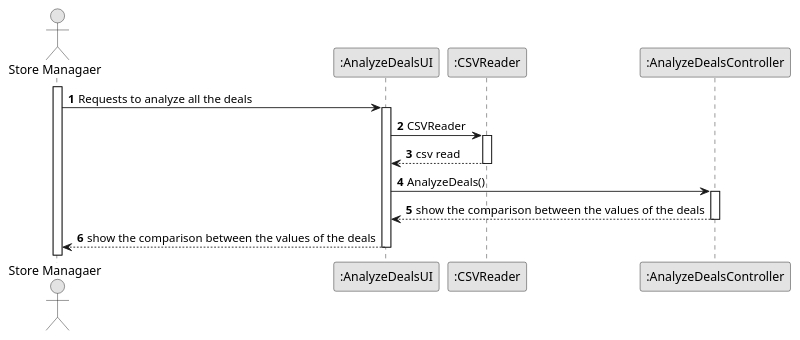
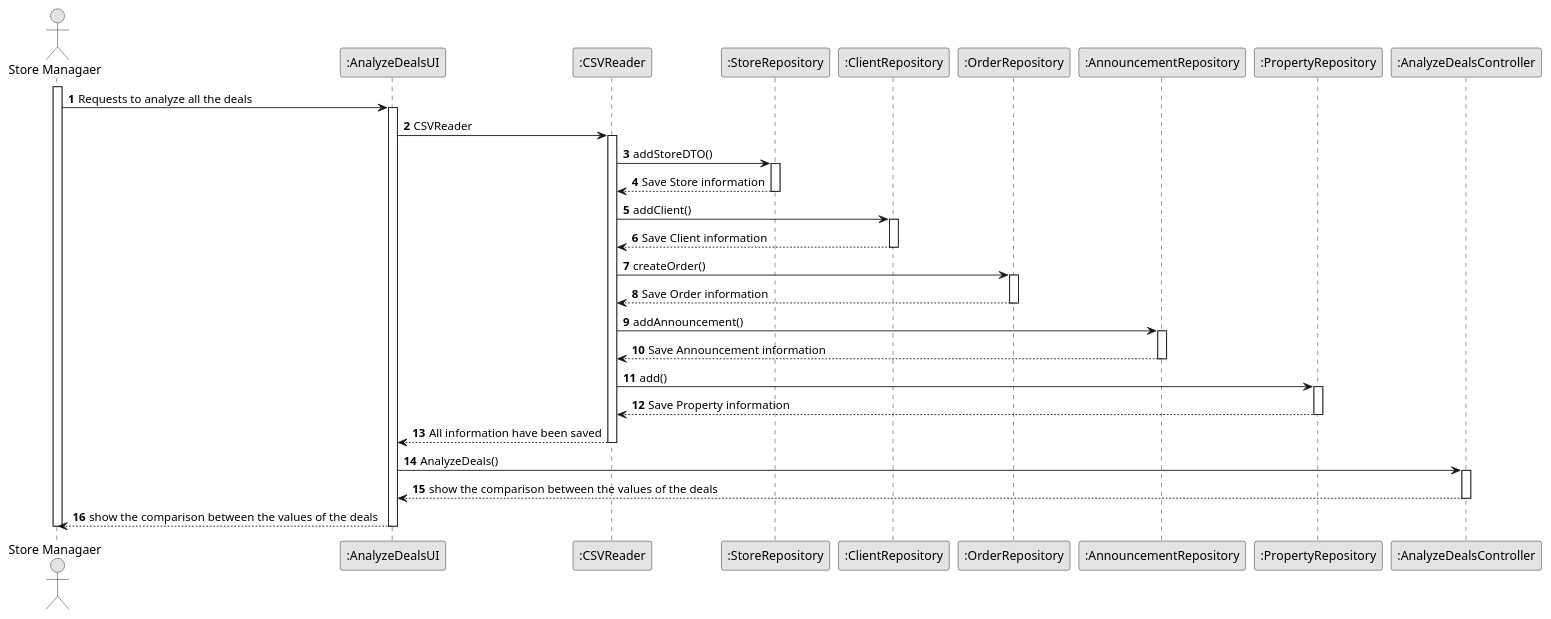
One commit to hugosilva2901/lei-22-s2-1DO-g68 changed the diagram in lei-22-s2-1do-g68/docs/SprintD/us018/03.design/puml/us018-sequence-diagram-split.puml. Above: the diagram before and after it, drawn with PlantUML. The commit also changed 2 other files, not shown here.

```diff
--- a/lei-22-s2-1do-g68/docs/SprintD/us018/03.design/puml/us018-sequence-diagram-split.puml
+++ b/lei-22-s2-1do-g68/docs/SprintD/us018/03.design/puml/us018-sequence-diagram-split.puml
@@ -1,34 +1,71 @@
 @startuml
 skinparam monochrome true
 skinparam packageStyle rectangle
 skinparam shadowing false
 
 autonumber
 
 'hide footbox
 actor "Store Managaer" as st
 participant ":AnalyzeDealsUI" as UI
 participant ":CSVReader" as CSV
+participant ":StoreRepository" as StoreREPO
+participant ":ClientRepository" as ClientREPO
+participant ":OrderRepository" as OrderREPO
+participant ":AnnouncementRepository" as AnnouncementREPO
+participant ":PropertyRepository" as PropertyREPO
 participant ":AnalyzeDealsController" as CTRL
+
 
 activate st
 
 st -> UI : Requests to analyze all the deals
 activate UI
 
 UI -> CSV : CSVReader
 activate CSV
 
-CSV --> UI : csv read
+CSV -> StoreREPO : addStoreDTO()
+activate StoreREPO
+
+StoreREPO --> CSV : Save Store information
+deactivate StoreREPO
+
+CSV -> ClientREPO : addClient()
+activate ClientREPO
+
+ClientREPO --> CSV : Save Client information
+deactivate ClientREPO
+
+CSV -> OrderREPO : createOrder()
+activate OrderREPO
+
+OrderREPO --> CSV : Save Order information
+deactivate OrderREPO
+
+CSV -> AnnouncementREPO : addAnnouncement()
+activate AnnouncementREPO
+
+AnnouncementREPO --> CSV : Save Announcement information
+deactivate AnnouncementREPO
+
+CSV -> PropertyREPO : add()
+activate PropertyREPO
+
+PropertyREPO --> CSV : Save Property information
+deactivate PropertyREPO
+
+CSV --> UI : All information have been saved
 deactivate CSV
 
 UI -> CTRL : AnalyzeDeals()
 activate CTRL
 
 CTRL --> UI : show the comparison between the values of the deals
 deactivate CTRL
 
 UI --> st : show the comparison between the values of the deals
 deactivate UI
 
+deactivate st
 @enduml
```
